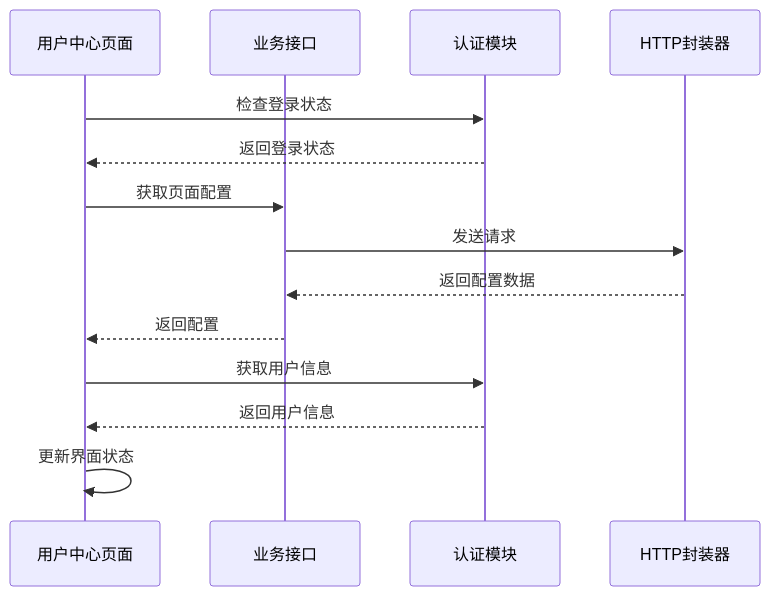
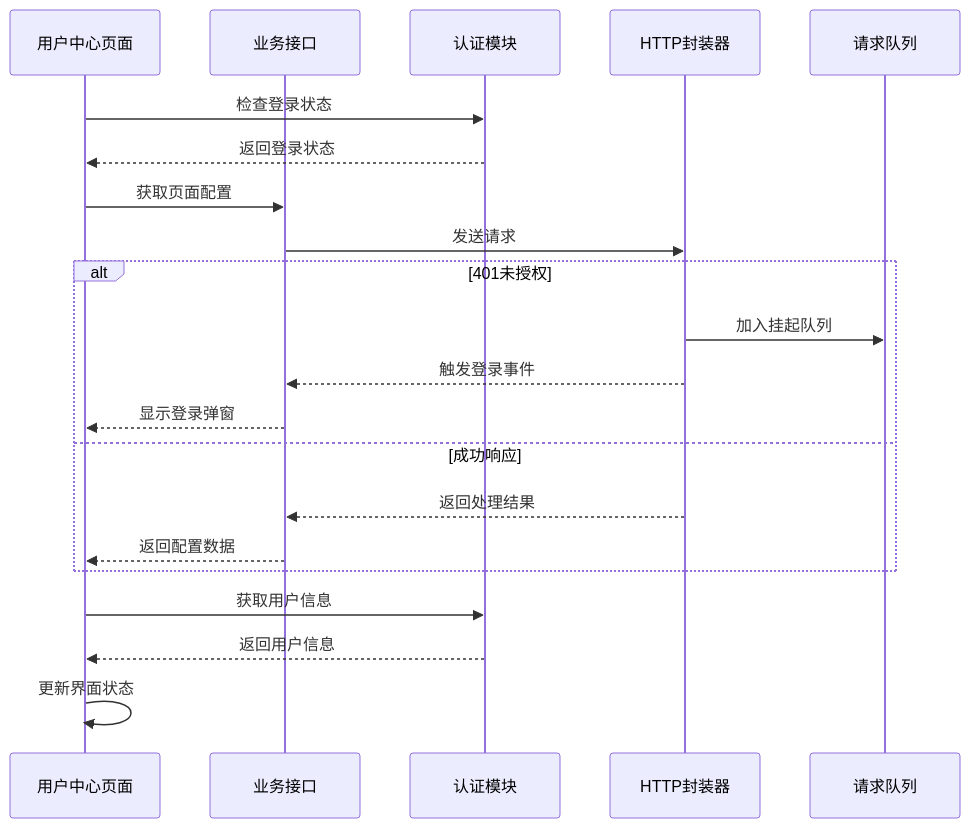
The seventh of 8 diagrams in .qoder/repowiki/zh/content/工具模块详解/HTTP请求封装器.md (crazyma99/blueberry), drawn with Mermaid before and after one commit. The commit also changed other lines of this file and 7 other files, not shown here.

````diff
--- a/.qoder/repowiki/zh/content/工具模块详解/HTTP请求封装器.md
+++ b/.qoder/repowiki/zh/content/工具模块详解/HTTP请求封装器.md
@@ -330,16 +490,23 @@
 ```mermaid
 sequenceDiagram
 participant Mine as 用户中心页面
 participant API as 业务接口
 participant Auth as 认证模块
 participant HTTP as HTTP封装器
+participant Queue as 请求队列
 Mine->>Auth : 检查登录状态
 Auth-->>Mine : 返回登录状态
 Mine->>API : 获取页面配置
 API->>HTTP : 发送请求
-HTTP-->>API : 返回配置数据
-API-->>Mine : 返回配置
+alt 401未授权
+HTTP->>Queue : 加入挂起队列
+HTTP-->>API : 触发登录事件
+API-->>Mine : 显示登录弹窗
+else 成功响应
+HTTP-->>API : 返回处理结果
+API-->>Mine : 返回配置数据
+end
 Mine->>Auth : 获取用户信息
 Auth-->>Mine : 返回用户信息
 Mine->>Mine : 更新界面状态
 ```
````
